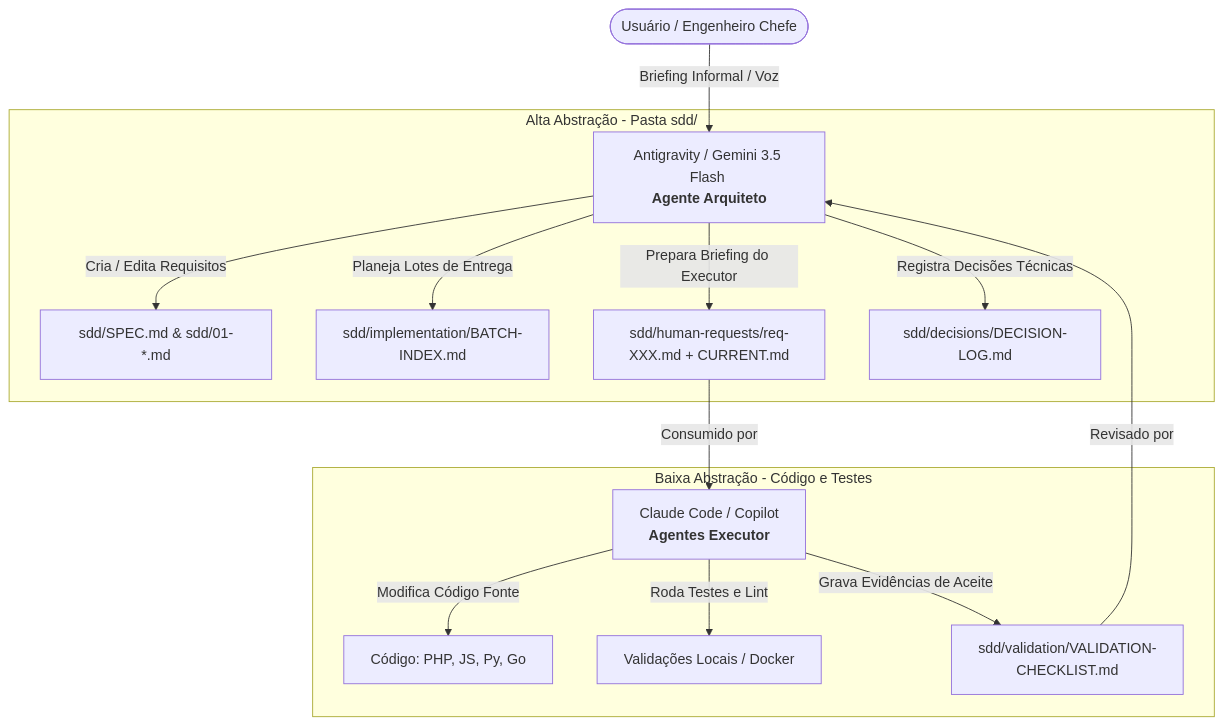
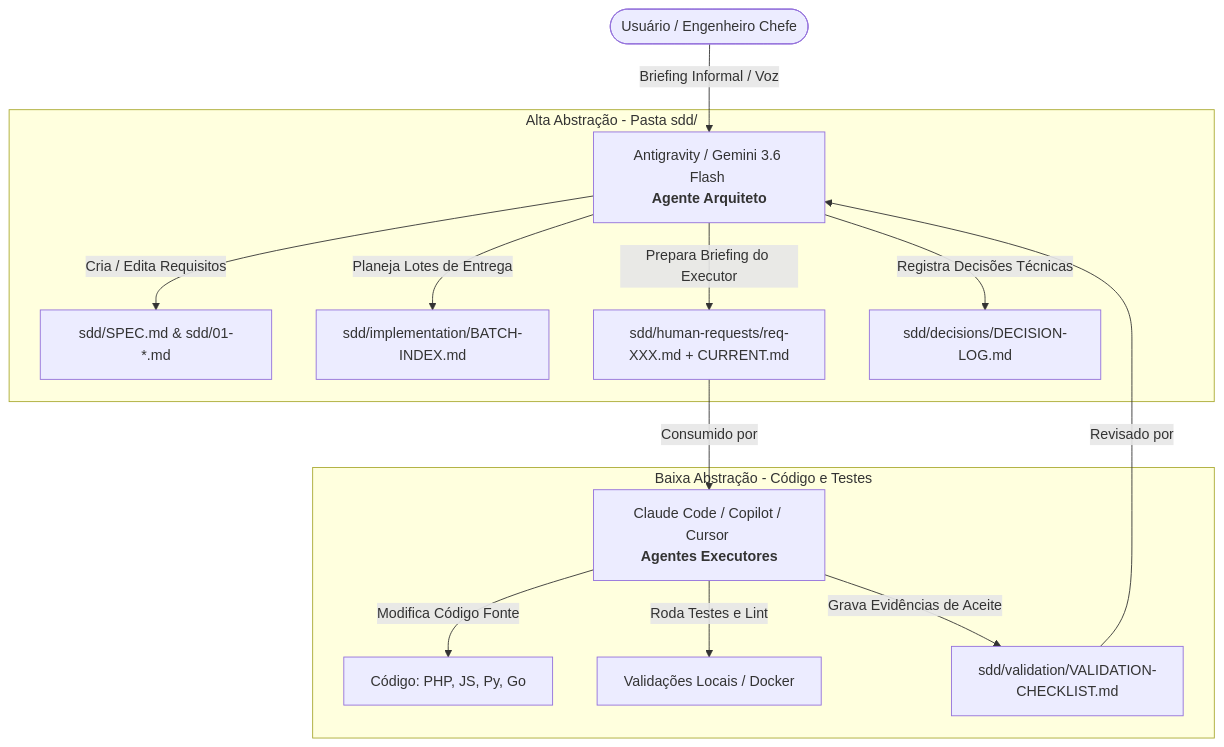
The diagram in README-PT-BR.md (otavioserra/conn2flow-ai-workspace), drawn with Mermaid before and after one commit. The commit also changed other lines of this file and 1 other file, not shown here.

Commit message:
docs: update README diagram to Gemini 3.6 Flash, Cursor Executor, and fix Chief & Execution title

````diff
--- a/README-PT-BR.md
+++ b/README-PT-BR.md
@@ -13,21 +13,21 @@
 ```mermaid
 graph TD
-    User([Usuário / Engenheiro Chefe]) -->|Briefing Informal / Voz| Architect[Antigravity / Gemini 3.5 Flash <br/><b>Agente Arquiteto</b>]
+    User([Usuário / Engenheiro Chefe]) -->|Briefing Informal / Voz| Architect[Antigravity / Gemini 3.6 Flash <br/><b>Agente Arquiteto</b>]
     
     subgraph Alta Abstração - Pasta sdd/
         Architect -->|Cria / Edita Requisitos| Specs[sdd/SPEC.md & sdd/01-*.md]
         Architect -->|Planeja Lotes de Entrega| Batches[sdd/implementation/BATCH-INDEX.md]
         Architect -->|Prepara Briefing do Executor| Brief[sdd/human-requests/req-XXX.md + CURRENT.md]
         Architect -->|Registra Decisões Técnicas| Decisions[sdd/decisions/DECISION-LOG.md]
     end
 
-    Brief -->|Consumido por| Executor[Claude Code / Copilot <br/><b>Agentes Executor</b>]
+    Brief -->|Consumido por| Executor[Claude Code / Copilot / Cursor <br/><b>Agentes Executores</b>]
 
     subgraph Baixa Abstração - Código e Testes
         Executor -->|Modifica Código Fonte| SrcCode[Código: PHP, JS, Py, Go]
         Executor -->|Roda Testes e Lint| Tests[Validações Locais / Docker]
         Executor -->|Grava Evidências de Aceite| Validation[sdd/validation/VALIDATION-CHECKLIST.md]
     end
 
     Validation -->|Revisado por| Architect
 ```
````
